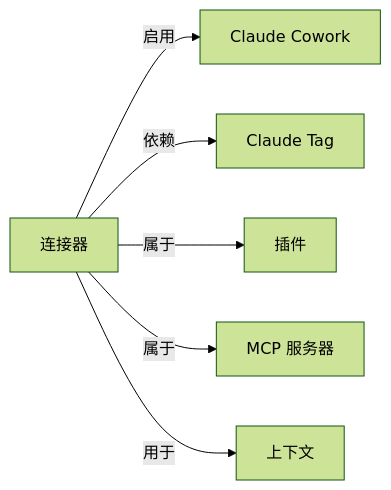
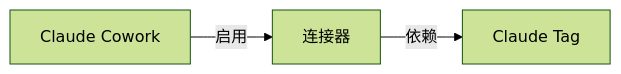
Before and after one commit to yibie/claude-best-practices-zh: the diagram in wiki/连接器.md, drawn with Mermaid (forest theme). The commit also changed other lines of this file and 407 other files, not shown here.

Commit message:
feat: DeepSeek 三遍审校（译文/关系/图谱）+ 可部署静态站点

````diff
--- a/wiki/连接器.md
+++ b/wiki/连接器.md
@@ -48,9 +46,6 @@
 ```mermaid
 graph LR
   C["连接器"]
-  C -->|启用| N0["Claude Cowork"]
+  N0["Claude Cowork"] -->|启用| C
   C -->|依赖| N1["Claude Tag"]
-  C -->|属于| N2["插件"]
-  C -->|属于| N3["MCP 服务器"]
-  C -->|用于| N4["上下文"]
 ```
````
